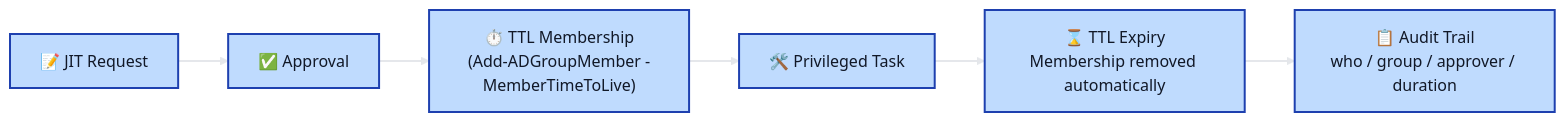
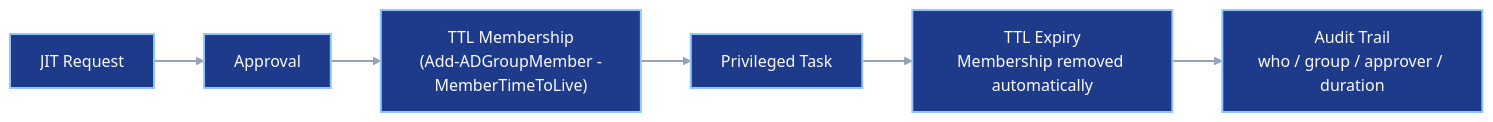
One commit to 0xMati/Tech-Blog changed the second of 2 diagrams in Security/Active Directory/Active Directory Tiering Model (OnPrem)/Active Directory Tiering Model for On-Prem Environment.md. Above: the diagram before and after it, drawn with Mermaid. The commit also changed other lines of this file, not shown here.

````diff
--- a/Security/Active Directory/Active Directory Tiering Model (OnPrem)/Active Directory Tiering Model for On-Prem Environment.md
+++ b/Security/Active Directory/Active Directory Tiering Model (OnPrem)/Active Directory Tiering Model for On-Prem Environment.md
@@ -3243,17 +3239,20 @@
 ```mermaid
 flowchart LR
-    REQ["📝 JIT Request"] --> APR["✅ Approval"]
-    APR --> ELEV["⏱️ TTL Membership\n(Add-ADGroupMember -MemberTimeToLive)"]
-    ELEV --> TASK["🛠️ Privileged Task"]
-    TASK --> EXP["⌛ TTL Expiry\nMembership removed automatically"]
-    EXP --> AUD["📋 Audit Trail\nwho / group / approver / duration"]
+    REQ["JIT Request"] --> APR["Approval"]
+    APR --> ELEV["TTL Membership\n(Add-ADGroupMember -MemberTimeToLive)"]
+    ELEV --> TASK["Privileged Task"]
+    TASK --> EXP["TTL Expiry\nMembership removed automatically"]
+    EXP --> AUD["Audit Trail\nwho / group / approver / duration"]
 
-    classDef step fill:#bfdbfe,stroke:#1e40af,stroke-width:2px,color:#111827;
-    class REQ,APR,ELEV,TASK,EXP,AUD step;
-
-    linkStyle 0 stroke:#e5e7eb,stroke-width:2px;
-    linkStyle 1 stroke:#e5e7eb,stroke-width:2px;
-    linkStyle 2 stroke:#e5e7eb,stroke-width:2px;
-    linkStyle 3 stroke:#e5e7eb,stroke-width:2px;
-    linkStyle 4 stroke:#e5e7eb,stroke-width:2px;
+    style REQ fill:#1e3a8a,stroke:#93c5fd,stroke-width:2px,color:#f9fafb
+    style APR fill:#1e3a8a,stroke:#93c5fd,stroke-width:2px,color:#f9fafb
+    style ELEV fill:#1e3a8a,stroke:#93c5fd,stroke-width:2px,color:#f9fafb
+    style TASK fill:#1e3a8a,stroke:#93c5fd,stroke-width:2px,color:#f9fafb
+    style EXP fill:#1e3a8a,stroke:#93c5fd,stroke-width:2px,color:#f9fafb
+    style AUD fill:#1e3a8a,stroke:#93c5fd,stroke-width:2px,color:#f9fafb
+    linkStyle 0 stroke:#94a3b8,stroke-width:2px
+    linkStyle 1 stroke:#94a3b8,stroke-width:2px
+    linkStyle 2 stroke:#94a3b8,stroke-width:2px
+    linkStyle 3 stroke:#94a3b8,stroke-width:2px
+    linkStyle 4 stroke:#94a3b8,stroke-width:2px
 ```
````
